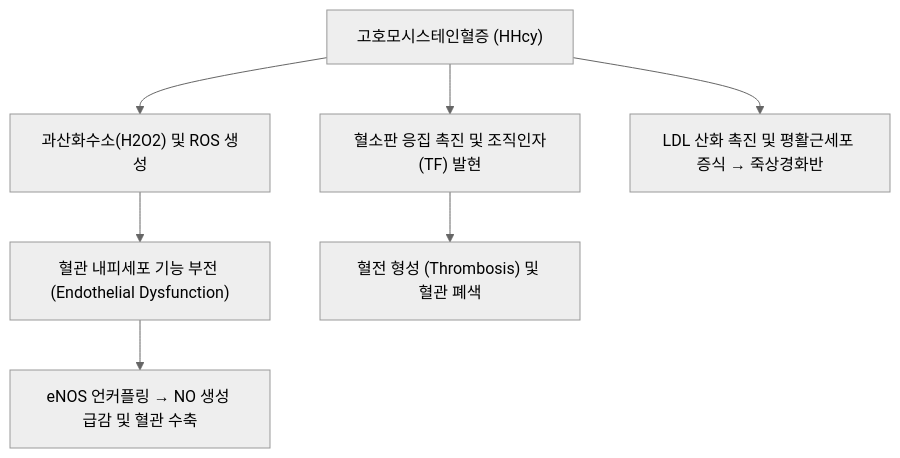
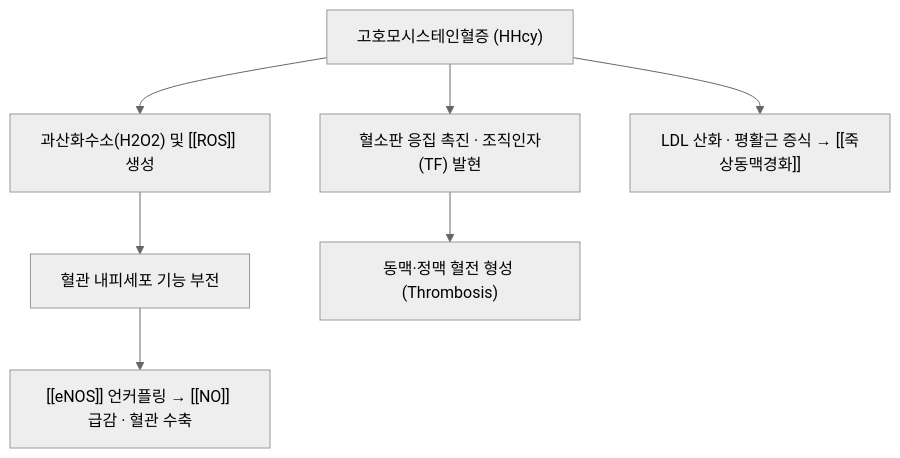
Before and after one commit to simbio11/simbio-digital-garden2: the second of 2 diagrams in content/3. 이론 공부/의학개념/분자·세포 기전/02_효소·대사경로/호모시스테인.md, drawn with Mermaid (neutral theme). The commit also changed other lines of this file and 424 other files, not shown here.

````diff
--- a/content/3. 이론 공부/의학개념/분자·세포 기전/02_효소·대사경로/호모시스테인.md
+++ b/content/3. 이론 공부/의학개념/분자·세포 기전/02_효소·대사경로/호모시스테인.md
@@ -55,9 +63,9 @@
 ```mermaid
 flowchart TD
-    A["고호모시스테인혈증 (HHcy)"] --> B["과산화수소(H2O2) 및 ROS 생성"]
-    B --> C["혈관 내피세포 기능 부전 (Endothelial Dysfunction)"]
-    C --> D["eNOS 언커플링 → NO 생성 급감 및 혈관 수축"]
-    A --> E["혈소판 응집 촉진 및 조직인자(TF) 발현"]
-    E --> F["혈전 형성 (Thrombosis) 및 혈관 폐색"]
-    A --> G["LDL 산화 촉진 및 평활근세포 증식 → 죽상경화반"]
+    A["고호모시스테인혈증 (HHcy)"] --> B["과산화수소(H2O2) 및 [[ROS]] 생성"]
+    B --> C["혈관 내피세포 기능 부전"]
+    C --> D["[[eNOS]] 언커플링 → [[NO]] 급감 · 혈관 수축"]
+    A --> E["혈소판 응집 촉진 · 조직인자(TF) 발현"]
+    E --> F["동맥·정맥 혈전 형성 (Thrombosis)"]
+    A --> G["LDL 산화 · 평활근 증식 → [[죽상동맥경화]]"]
 ```
````
